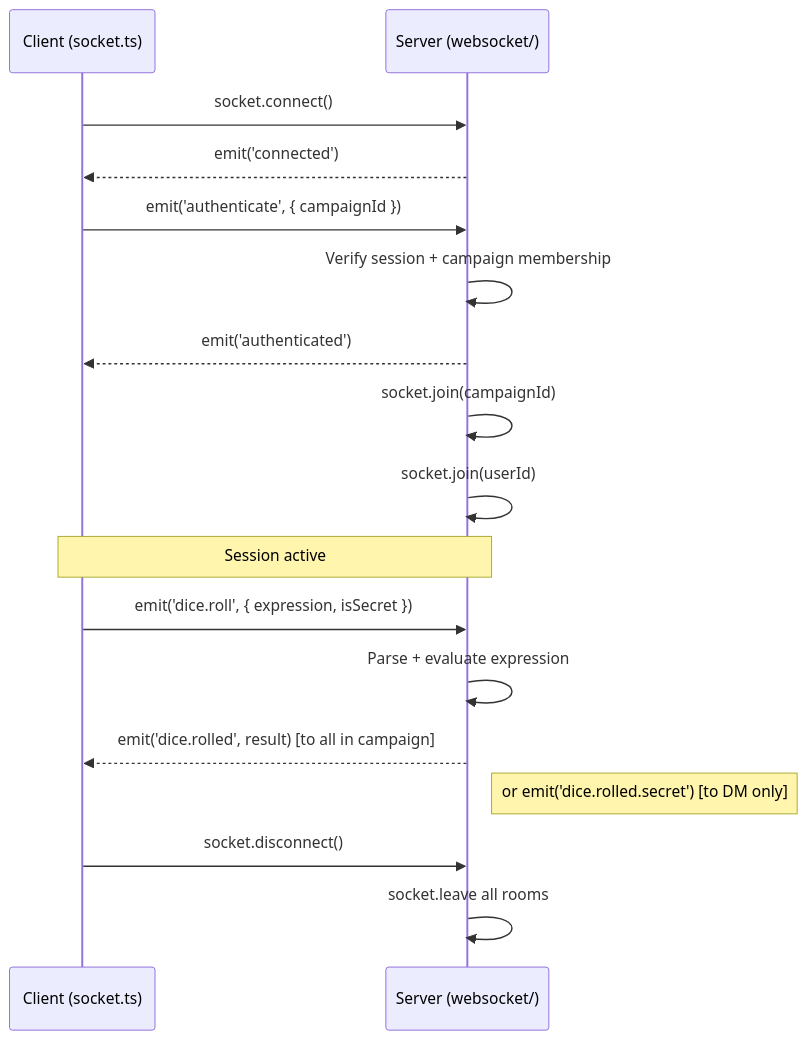
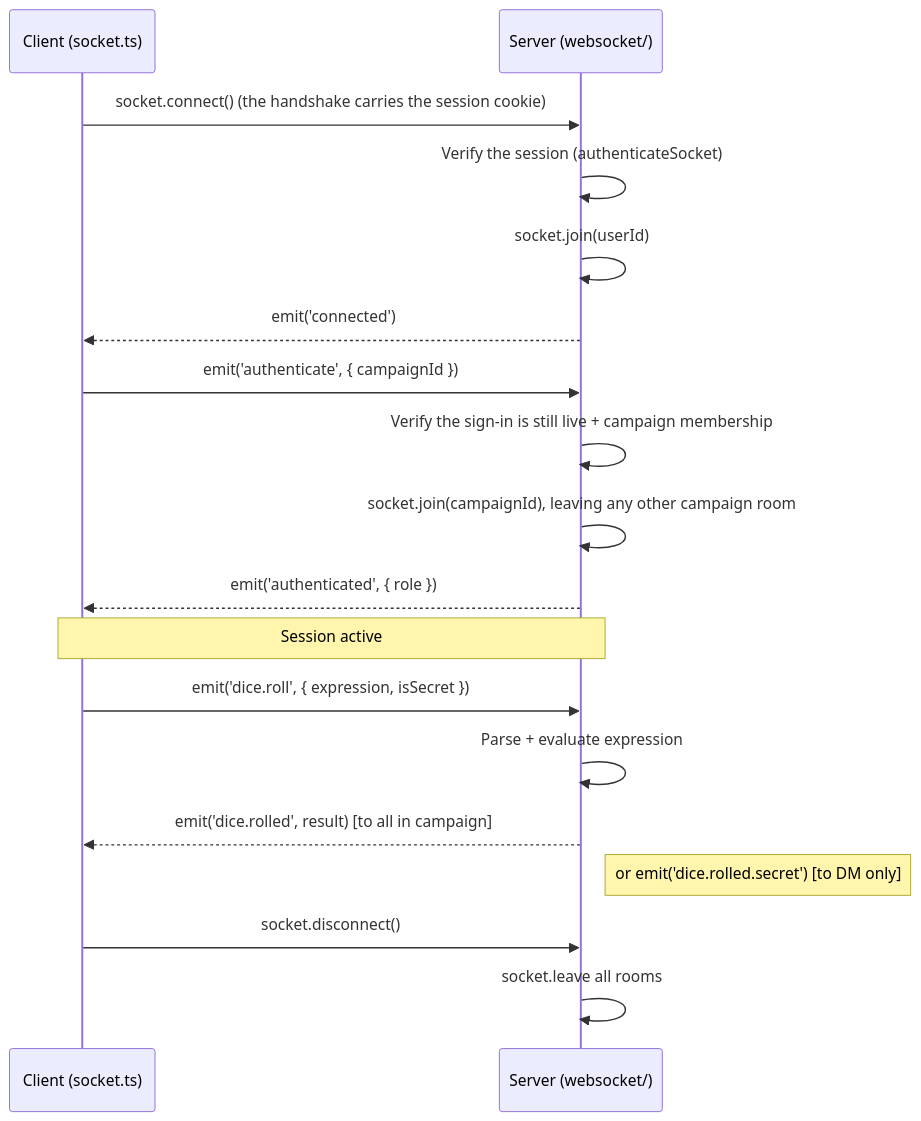
One commit to CheekyChinchilla/CozyVTT changed the sixth of 6 diagrams in docs/ARCHITECTURE.md. Above: the diagram before and after it, drawn with Mermaid. The commit also changed other lines of this file, not shown here.

Commit message:
Describe the admin MFA gate and the socket handshake order
The architecture guide had no account of the 7-day deadline, what an
administrator past it may still reach, or the role refresh the gate
makes. The socket diagram joined the user room after authenticate,
where the server joins it at connection, and the event reference now
points at the WebSocket document that holds the inventory. Doc checks
pass; the backend suite was not run.

````diff
--- a/docs/ARCHITECTURE.md
+++ b/docs/ARCHITECTURE.md
@@ -691,23 +697,24 @@
 ```mermaid
 sequenceDiagram
     participant C as Client (socket.ts)
     participant S as Server (websocket/)
 
-    C->>S: socket.connect()
+    C->>S: socket.connect() (the handshake carries the session cookie)
+    S->>S: Verify the session (authenticateSocket)
+    S->>S: socket.join(userId)
     S-->>C: emit('connected')
     C->>S: emit('authenticate', { campaignId })
-    S->>S: Verify session + campaign membership
-    S-->>C: emit('authenticated')
-    S->>S: socket.join(campaignId)
-    S->>S: socket.join(userId)
+    S->>S: Verify the sign-in is still live + campaign membership
+    S->>S: socket.join(campaignId), leaving any other campaign room
+    S-->>C: emit('authenticated', { role })
 
     Note over C,S: Session active
 
     C->>S: emit('dice.roll', { expression, isSecret })
     S->>S: Parse + evaluate expression
     S-->>C: emit('dice.rolled', result) [to all in campaign]
     Note right of S: or emit('dice.rolled.secret') [to DM only]
 
     C->>S: socket.disconnect()
     S->>S: socket.leave all rooms
 ```
````
